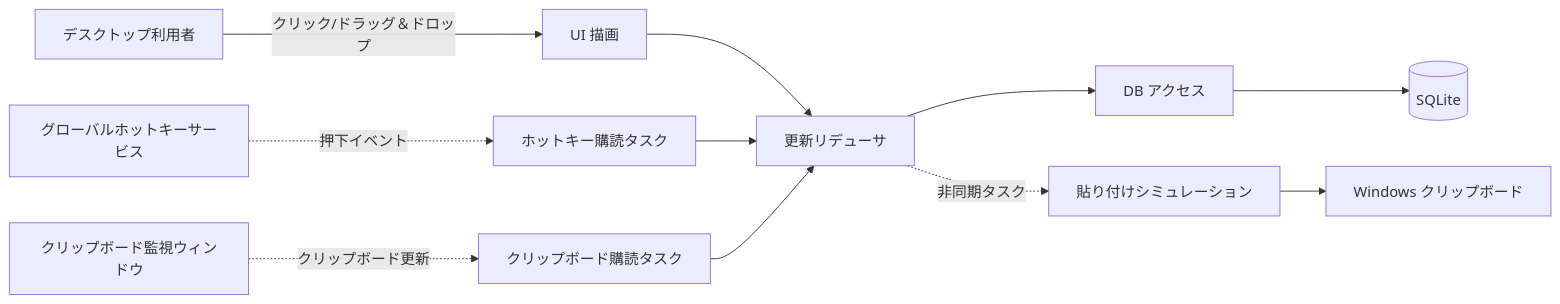
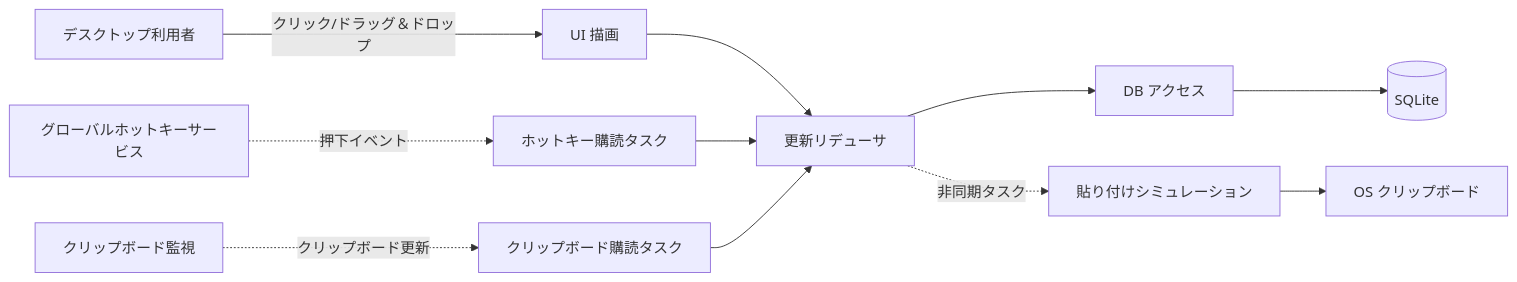
Before and after one commit to puuuii/Jubako: the diagram in docs/architecture/02_components/execution-units.md, drawn with Mermaid. The commit also changed other lines of this file and 25 other files, not shown here.

````diff
--- a/docs/architecture/02_components/execution-units.md
+++ b/docs/architecture/02_components/execution-units.md
@@ -9,19 +9,19 @@
 ```mermaid
 flowchart LR
     User[デスクトップ利用者]
     HotKeySvc[グローバルホットキーサービス]
-    ClipSvc[クリップボード監視ウィンドウ]
+    ClipSvc[クリップボード監視]
 
     HotKeySvc -. 押下イベント .-> HotKeySub[ホットキー購読タスク]
     ClipSvc -. クリップボード更新 .-> ClipSub[クリップボード購読タスク]
 
     User -->|クリック/ドラッグ＆ドロップ| UIRender[UI 描画]
     UIRender --> Reducer[更新リデューサ]
     HotKeySub --> Reducer
     ClipSub --> Reducer
 
     Reducer --> DbUnit[DB アクセス]
     Reducer -. 非同期タスク .-> PasteUnit[貼り付けシミュレーション]
-    PasteUnit --> Clipboard[Windows クリップボード]
+    PasteUnit --> Clipboard[OS クリップボード]
     DbUnit --> SQLite[(SQLite)]
 ```
````
